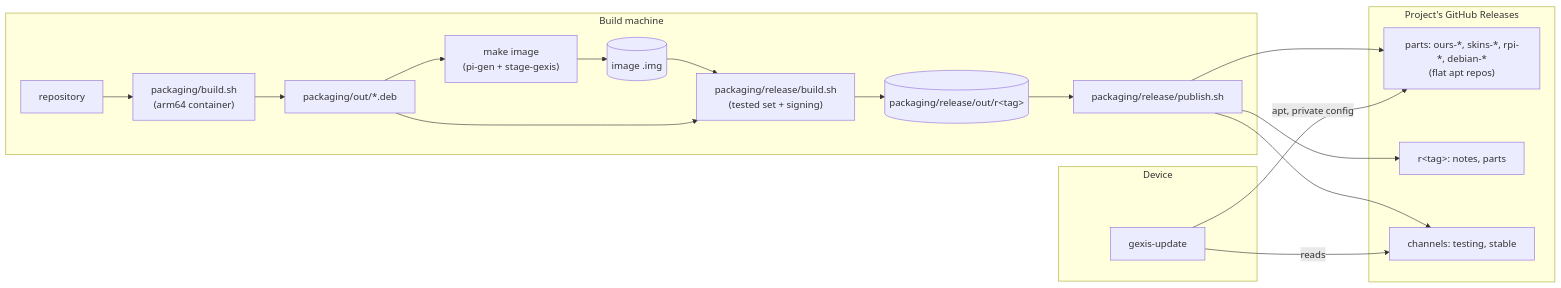
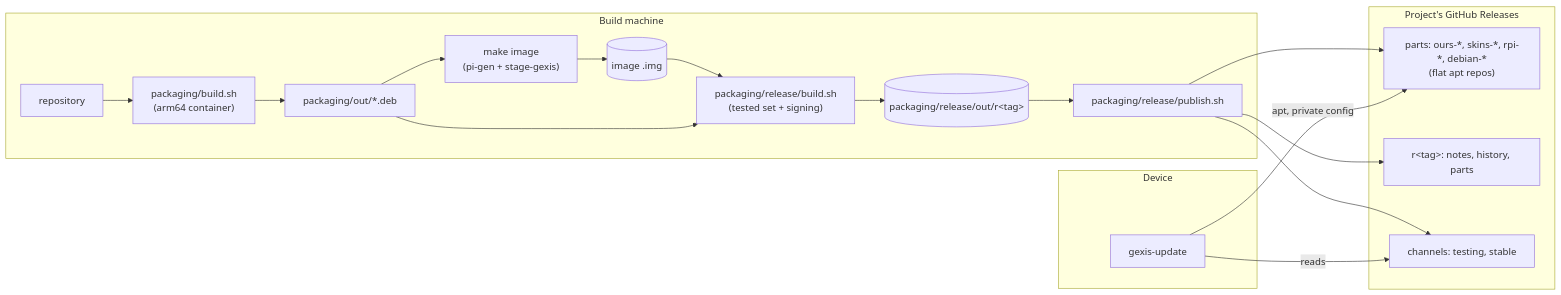
Before and after one commit to gcarstoiu/gexis-player: the first of 5 diagrams in docs/tech/updates-and-releases.md, drawn with Mermaid. The commit also changed other lines of this file and 11 other files, not shown here.

````diff
--- a/docs/tech/updates-and-releases.md
+++ b/docs/tech/updates-and-releases.md
@@ -18,23 +18,23 @@
 ```mermaid
 flowchart LR
     subgraph dev["Build machine"]
         src[repository] --> pk["packaging/build.sh<br/>(arm64 container)"]
         pk --> out[packaging/out/*.deb]
         out --> img["make image<br/>(pi-gen + stage-gexis)"]
         img --> image[(image .img)]
         image --> rb["packaging/release/build.sh<br/>(tested set + signing)"]
         out --> rb
         rb --> rel[(packaging/release/out/r&lt;tag&gt;)]
         rel --> pub["packaging/release/publish.sh"]
     end
     subgraph gh["Project's GitHub Releases"]
         parts["parts: ours-*, skins-*, rpi-*, debian-*<br/>(flat apt repos)"]
-        page["r&lt;tag&gt;: notes, parts"]
+        page["r&lt;tag&gt;: notes, history, parts"]
         ch["channels: testing, stable"]
     end
     pub --> parts & page & ch
     subgraph dev2["Device"]
         upd[gexis-update] -->|reads| ch
         upd -->|apt, private config| parts
     end
 ```
````
